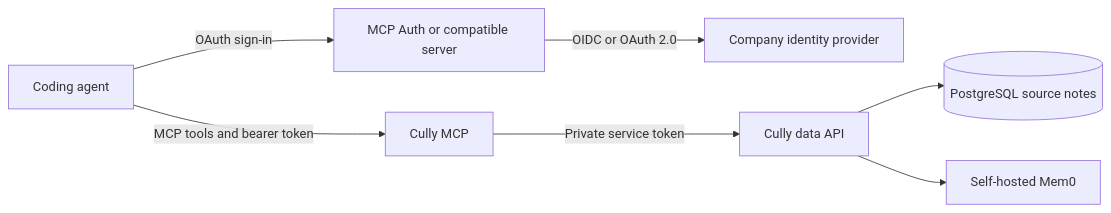
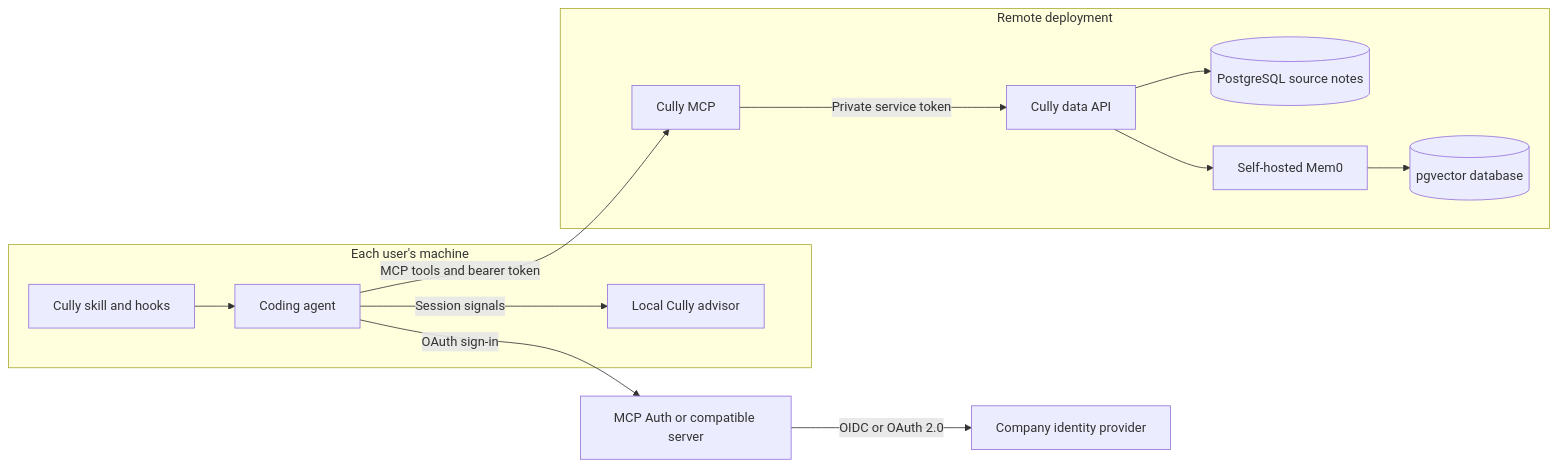
The diagram in docs/team-deployment.md (72sevenzy2/cully), drawn with Mermaid before and after one commit. The commit also changed other lines of this file and 3 other files, not shown here.

Commit message:
docs: explain remote Cully stack and local advisor

````diff
--- a/docs/team-deployment.md
+++ b/docs/team-deployment.md
@@ -10,9 +19,16 @@
 ```mermaid
 flowchart LR
-  Agent[Coding agent] -->|OAuth sign-in| Auth[MCP Auth or compatible server]
+  subgraph Laptop["Each user's machine"]
+    Agent[Coding agent] -->|Session signals| Advisor[Local Cully advisor]
+    Skill[Cully skill and hooks] --> Agent
+  end
+  subgraph Remote[Remote deployment]
+    MCP[Cully MCP] -->|Private service token| Data[Cully data API]
+    Data --> PG[(PostgreSQL source notes)]
+    Data --> Mem0[Self-hosted Mem0]
+    Mem0 --> Vector[(pgvector database)]
+  end
+  Agent -->|OAuth sign-in| Auth[MCP Auth or compatible server]
   Auth -->|OIDC or OAuth 2.0| IdP[Company identity provider]
   Agent -->|MCP tools and bearer token| MCP[Cully MCP]
-  MCP -->|Private service token| Data[Cully data API]
-  Data --> PG[(PostgreSQL source notes)]
-  Data --> Mem0[Self-hosted Mem0]
 ```
````
